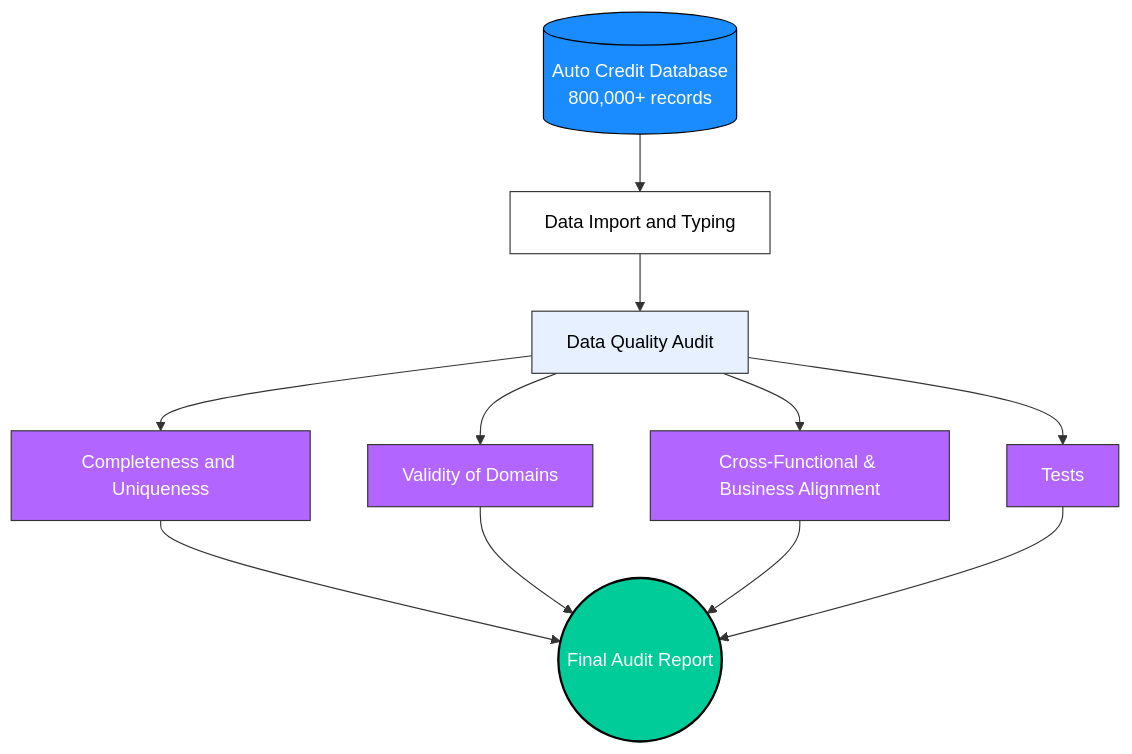
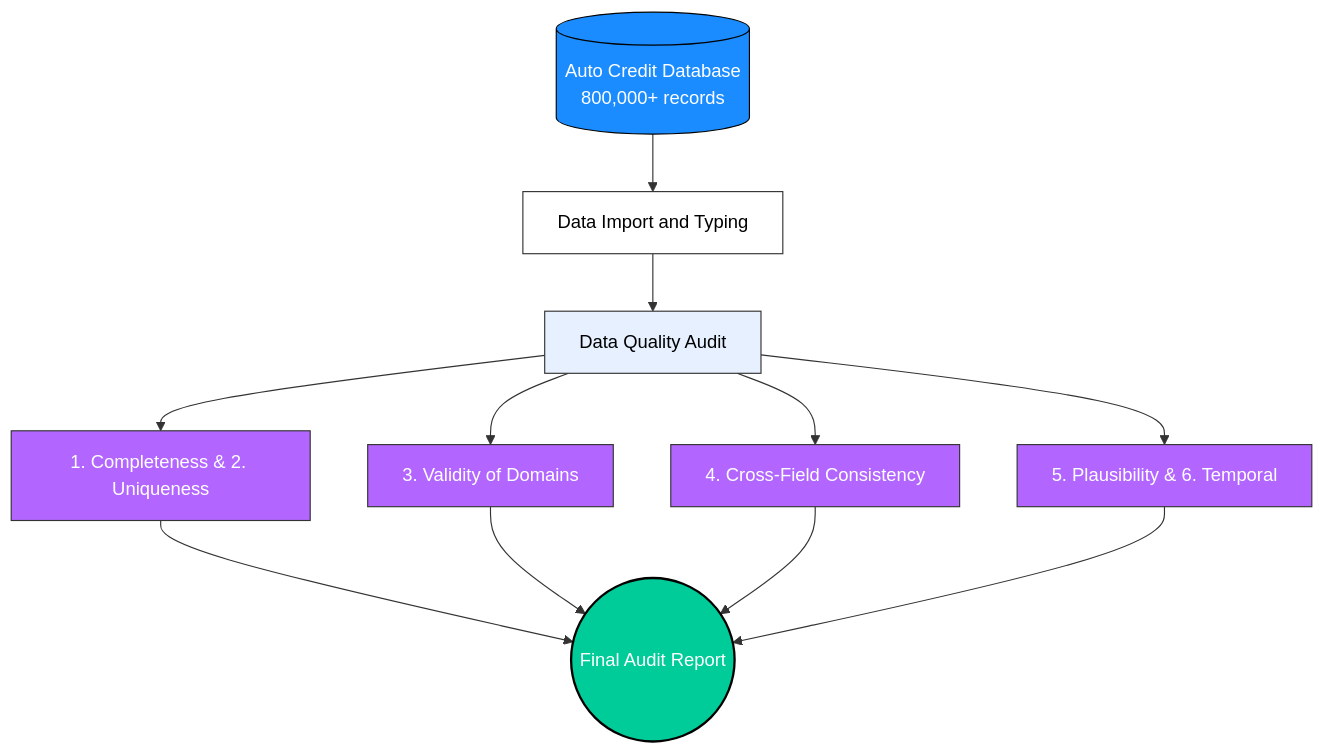
One commit to EnzoL987/Credit_Auto_Data_Quality_Audit_Econ changed the diagram in README.md. Above: the diagram before and after it, drawn with Mermaid. The commit also changed other lines of this file, not shown here.

````diff
--- a/README.md
+++ b/README.md
@@ -17,27 +17,27 @@
 ```mermaid 
 graph TD
     %% Source
     A[(Auto Credit Database <br/> 800,000+ records)]:::blue --> B[Data Import and Typing]:::white
 
-    %% Audit des 6 dimensions
+    %% Audit of the 6 dimensions
     B --> C[Data Quality Audit]:::light
     
-    C --> D[Completeness and Uniqueness]:::purple
-    C --> E[Validity of Domains]:::purple
-    C --> F[Cross-Functional & Business Alignment]:::purple
-    C --> G[Tests]:::purple
+    C --> D[1. Completeness & 2. Uniqueness]:::purple
+    C --> E[3. Validity of Domains]:::purple
+    C --> F[4. Cross-Field Consistency]:::purple
+    C --> G[5. Plausibility & 6. Temporal]:::purple
 
-    %% Rapport
+    %% Report
     D --> H((Final Audit Report)):::green
     E --> H
     F --> H
     G --> H
 
 
     %% Styles
     classDef blue fill:#1a8cff,stroke:#000,stroke-width:1px,color:#fff;
     classDef white fill:#ffffff,stroke:#333,stroke-width:1px,color:#000;
     classDef light fill:#e6f0ff,stroke:#333,stroke-width:1px,color:#000;
     classDef purple fill:#b366ff,stroke:#333,stroke-width:1px,color:#fff;
     classDef green fill:#00cc99,stroke:#000,stroke-width:2px,color:#fff;
 ```
````
